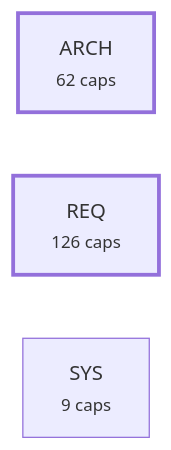
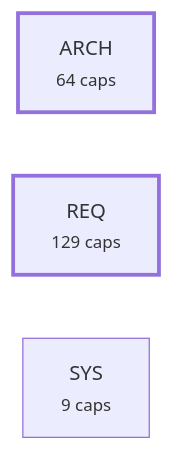
One commit to alxmax/Requirement-manager changed the fourth of 5 diagrams in plugin/requirements/_map.md. Above: the diagram before and after it, drawn with Mermaid. The commit also changed other lines of this file and 21 other files, not shown here.

````diff
--- a/plugin/requirements/_map.md
+++ b/plugin/requirements/_map.md
@@ -1506,8 +874,8 @@
 ```mermaid
 graph LR
-  a_ARCH["ARCH<br><small>62 caps</small>"]
-  a_REQ["REQ<br><small>126 caps</small>"]
+  a_ARCH["ARCH<br><small>64 caps</small>"]
+  a_REQ["REQ<br><small>129 caps</small>"]
   a_SYS["SYS<br><small>9 caps</small>"]
   style a_ARCH stroke-width:3px
   style a_REQ stroke-width:3px
 ```
````
